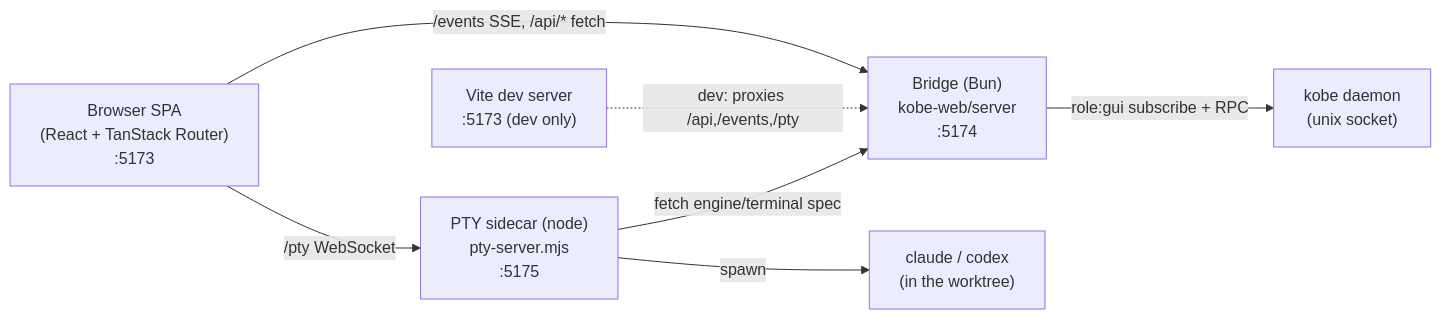
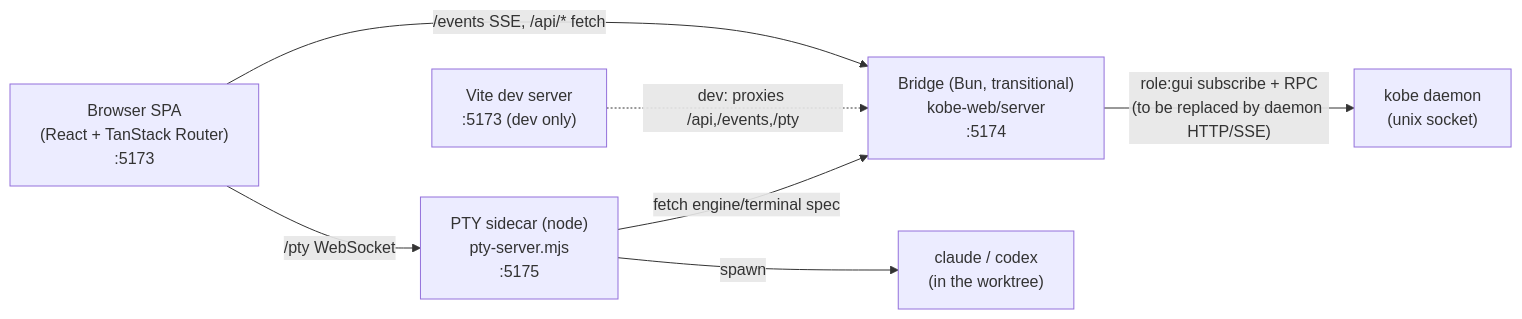
Before and after one commit to Sma1lboy/kobe: the diagram in docs/design/web-dashboard.md, drawn with Mermaid. The commit also changed other lines of this file and 5 other files, not shown here.

First line of the commit message:
docs: record daemon-owned web transport

````diff
--- a/docs/design/web-dashboard.md
+++ b/docs/design/web-dashboard.md
@@ -16,16 +16,16 @@
 ```mermaid
 flowchart LR
   Browser["Browser SPA<br/>(React + TanStack Router)<br/>:5173"]
   Vite["Vite dev server<br/>:5173 (dev only)"]
-  Bridge["Bridge (Bun)<br/>kobe-web/server<br/>:5174"]
+  Bridge["Bridge (Bun, transitional)<br/>kobe-web/server<br/>:5174"]
   PTY["PTY sidecar (node)<br/>pty-server.mjs<br/>:5175"]
   Daemon["kobe daemon<br/>(unix socket)"]
   Engine["claude / codex<br/>(in the worktree)"]
 
   Browser -->|"/events SSE, /api/* fetch"| Bridge
   Browser -->|"/pty WebSocket"| PTY
   Vite -.->|"dev: proxies /api,/events,/pty"| Bridge
-  Bridge -->|"role:gui subscribe + RPC"| Daemon
+  Bridge -->|"role:gui subscribe + RPC<br/>(to be replaced by daemon HTTP/SSE)"| Daemon
   PTY -->|"fetch engine/terminal spec"| Bridge
   PTY -->|"spawn"| Engine
 ```
````
